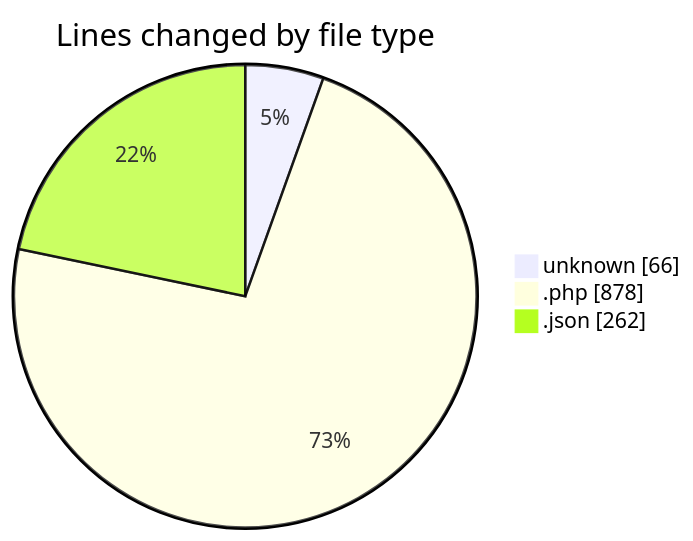
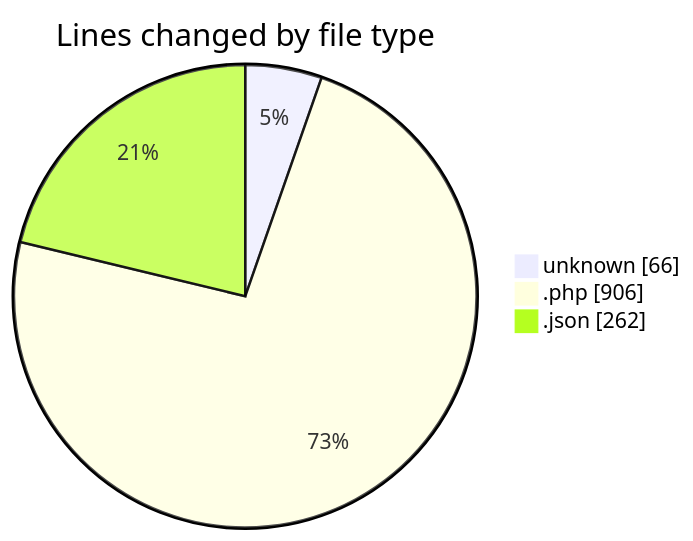
Before and after one commit to idhammustaqopulfikri/code-tracking: the first of 2 diagrams in 2025-11-08/futsal/README.md, drawn with Mermaid. The commit also changed other lines of this file and 1 other file, not shown here.

````diff
--- a/2025-11-08/futsal/README.md
+++ b/2025-11-08/futsal/README.md
@@ -31,7 +31,7 @@
 ```mermaid
 pie showData
 title Lines changed by file type
 "unknown" : 66
-".php" : 878
+".php" : 906
 ".json" : 262
 ```
````
